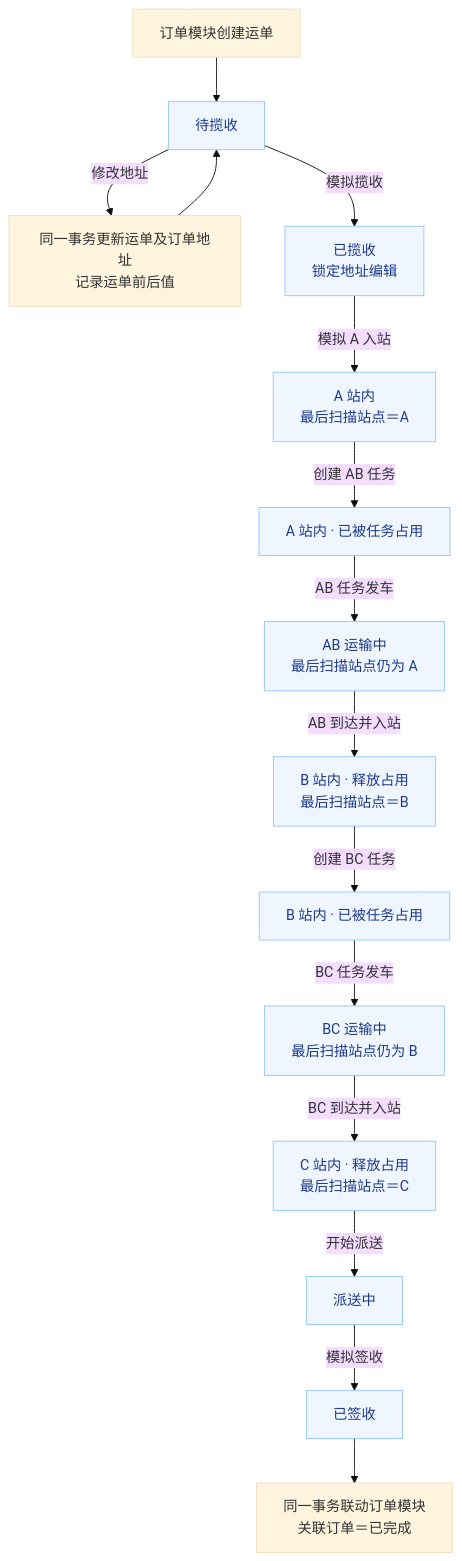
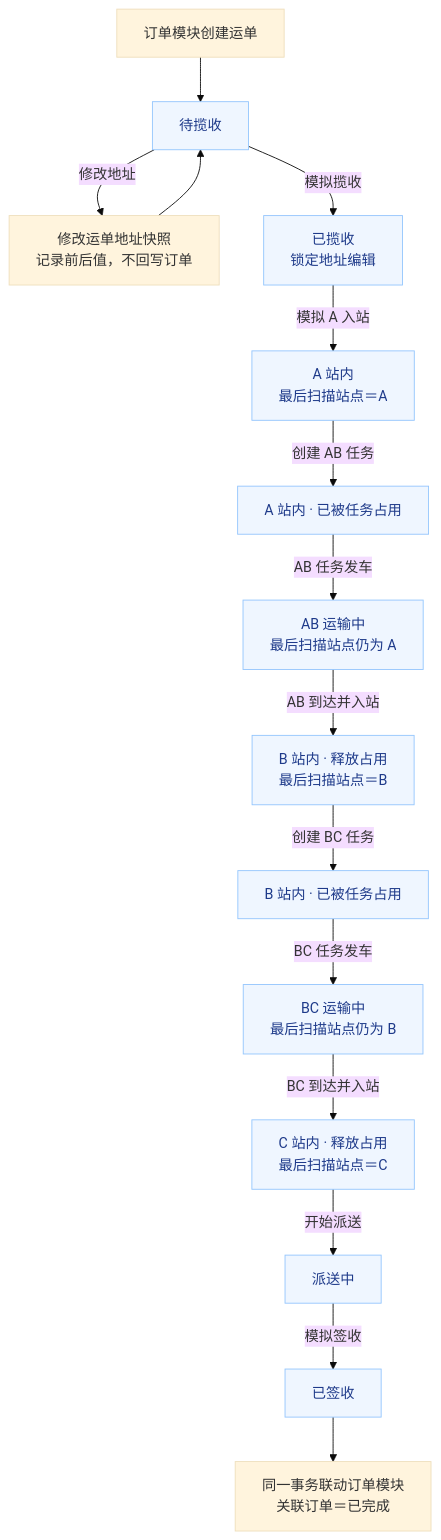
One commit to NikFranki/jingpo-logistics-system changed the second of 7 diagrams in docs/技术方案/v1/be/be-v1技术方案.md. Above: the diagram before and after it, drawn with Mermaid (base theme). The commit also changed other lines of this file and 4 other files, not shown here.

````diff
--- a/docs/技术方案/v1/be/be-v1技术方案.md
+++ b/docs/技术方案/v1/be/be-v1技术方案.md
@@ -559,19 +559,19 @@
 ```mermaid
 flowchart TD
     A["订单模块创建运单"] --> B["待揽收"]
-    B -->|"修改地址"| C["同一事务更新运单及订单地址<br/>记录运单前后值"]
+    B -->|"修改地址"| C["修改运单地址快照<br/>记录前后值，不回写订单"]
     C --> B
     B -->|"模拟揽收"| D["已揽收<br/>锁定地址编辑"]
     D -->|"模拟 A 入站"| E["A 站内<br/>最后扫描站点＝A"]
     E -->|"创建 AB 任务"| F["A 站内 · 已被任务占用"]
     F -->|"AB 任务发车"| G["AB 运输中<br/>最后扫描站点仍为 A"]
     G -->|"AB 到达并入站"| H["B 站内 · 释放占用<br/>最后扫描站点＝B"]
     H -->|"创建 BC 任务"| I["B 站内 · 已被任务占用"]
     I -->|"BC 任务发车"| J["BC 运输中<br/>最后扫描站点仍为 B"]
     J -->|"BC 到达并入站"| K["C 站内 · 释放占用<br/>最后扫描站点＝C"]
     K -->|"开始派送"| L["派送中"]
     L -->|"模拟签收"| M["已签收"]
     M --> N["同一事务联动订单模块<br/>关联订单＝已完成"]
     classDef state fill:#EFF6FF,stroke:#93C5FD,color:#1E3A8A
     class B,D,E,F,G,H,I,J,K,L,M state
 ```
````
